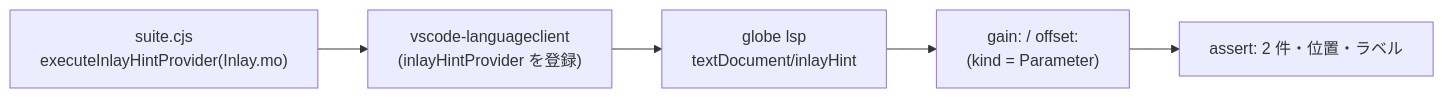
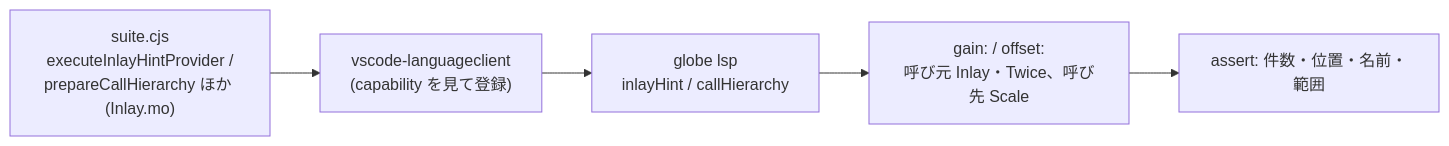
The diagram in doc/sessions/S353-vscode-e2e-inlay/解説書.md (asari300/20261018_GlobeMode), drawn with Mermaid before and after one commit. The commit also changed other lines of this file and 5 other files, not shown here.

Commit message:
S353: 文書に call hierarchy の確認を足した（解説書・スライド・索引・features・roadmap）

````diff
--- a/doc/sessions/S353-vscode-e2e-inlay/解説書.md
+++ b/doc/sessions/S353-vscode-e2e-inlay/解説書.md
@@ -29,7 +31,7 @@
 ```mermaid
 flowchart LR
-  T["suite.cjs<br/>executeInlayHintProvider(Inlay.mo)"] --> C["vscode-languageclient<br/>(inlayHintProvider を登録)"]
-  C --> L["globe lsp<br/>textDocument/inlayHint"]
-  L --> H["gain: / offset:<br/>(kind = Parameter)"]
-  H --> A["assert: 2 件・位置・ラベル"]
+  T["suite.cjs<br/>executeInlayHintProvider /<br/>prepareCallHierarchy ほか (Inlay.mo)"] --> C["vscode-languageclient<br/>(capability を見て登録)"]
+  C --> L["globe lsp<br/>inlayHint / callHierarchy"]
+  L --> H["gain: / offset:<br/>呼び元 Inlay・Twice、呼び先 Scale"]
+  H --> A["assert: 件数・位置・名前・範囲"]
 ```
````
